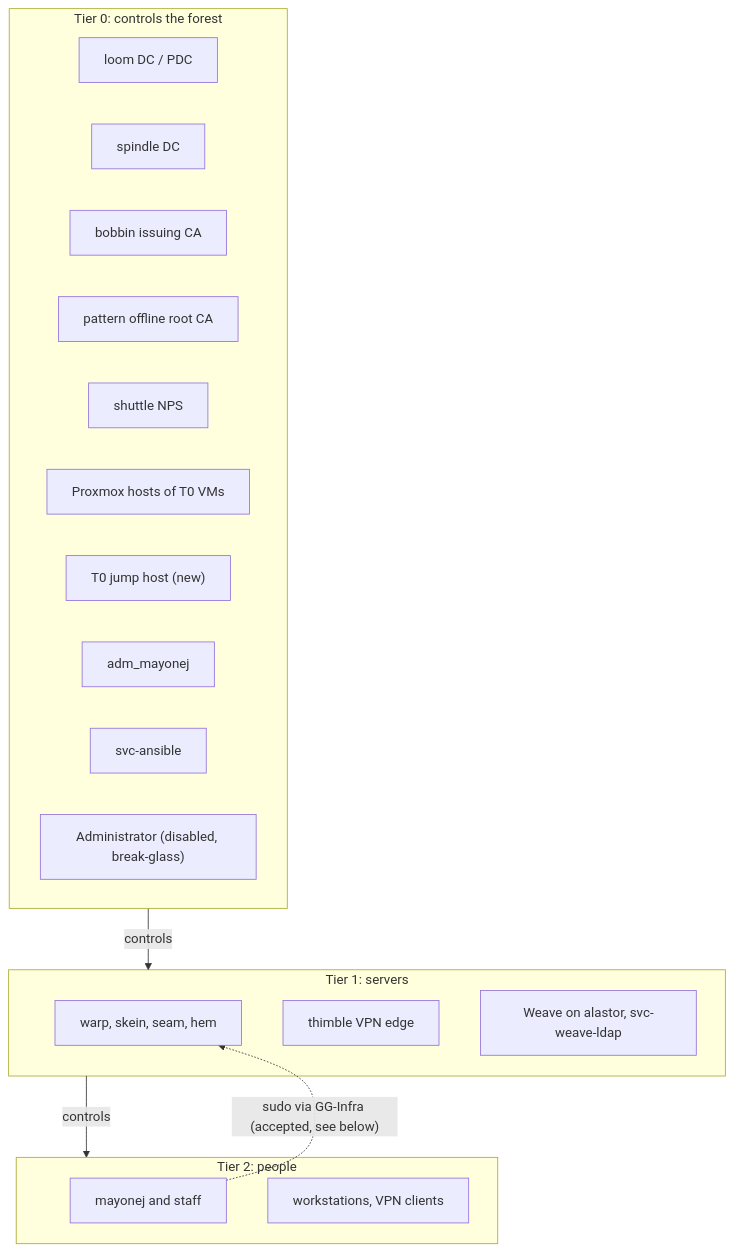
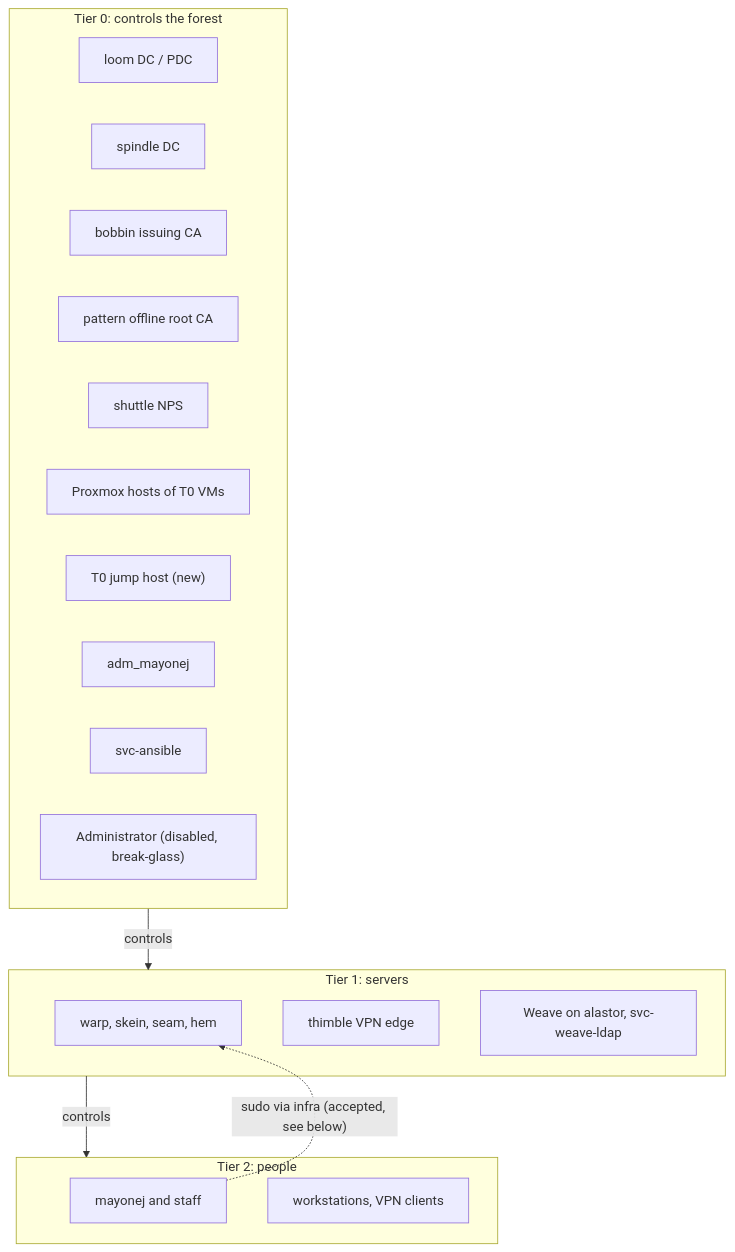
The first of 4 diagrams in ad/TIERING.md (patchworklabsorg/infra), drawn with Mermaid before and after one commit. The commit also changed other lines of this file and 13 other files, not shown here.

````diff
--- a/ad/TIERING.md
+++ b/ad/TIERING.md
@@ -101,26 +101,26 @@
 ```mermaid
 flowchart TB
   subgraph T0["Tier 0: controls the forest"]
     loom["loom DC / PDC"]
     spindle["spindle DC"]
     bobbin["bobbin issuing CA"]
     pattern["pattern offline root CA"]
     shuttle["shuttle NPS"]
     pve["Proxmox hosts of T0 VMs"]
     jump["T0 jump host (new)"]
     adm["adm_mayonej"]
     ans["svc-ansible"]
     bg["Administrator (disabled, break-glass)"]
   end
   subgraph T1["Tier 1: servers"]
     nix["warp, skein, seam, hem"]
     thimble["thimble VPN edge"]
     weave["Weave on alastor, svc-weave-ldap"]
   end
   subgraph T2["Tier 2: people"]
     daily["mayonej and staff"]
     ws["workstations, VPN clients"]
   end
   T0 -->|controls| T1 -->|controls| T2
-  daily -. "sudo via GG-Infra (accepted, see below)" .-> nix
+  daily -. "sudo via infra (accepted, see below)" .-> nix
 ```
````
